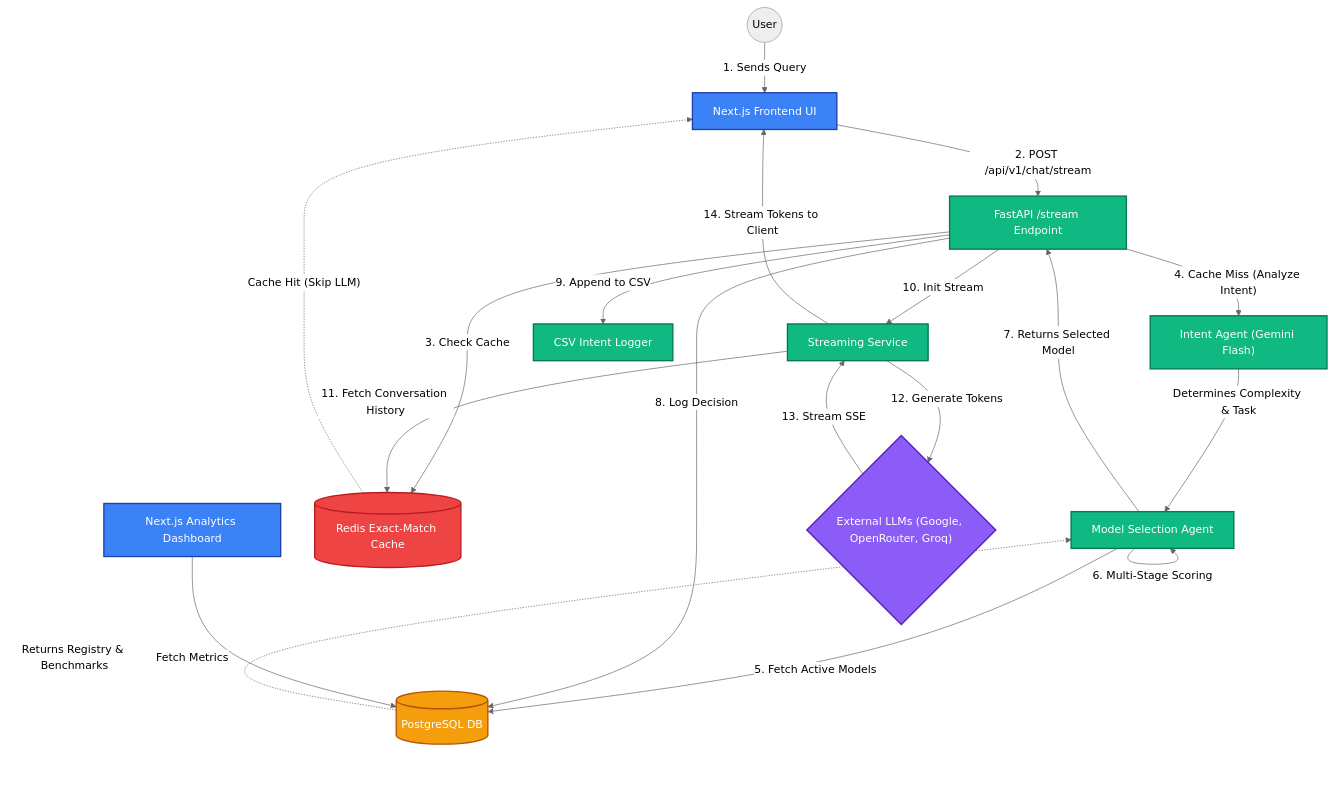
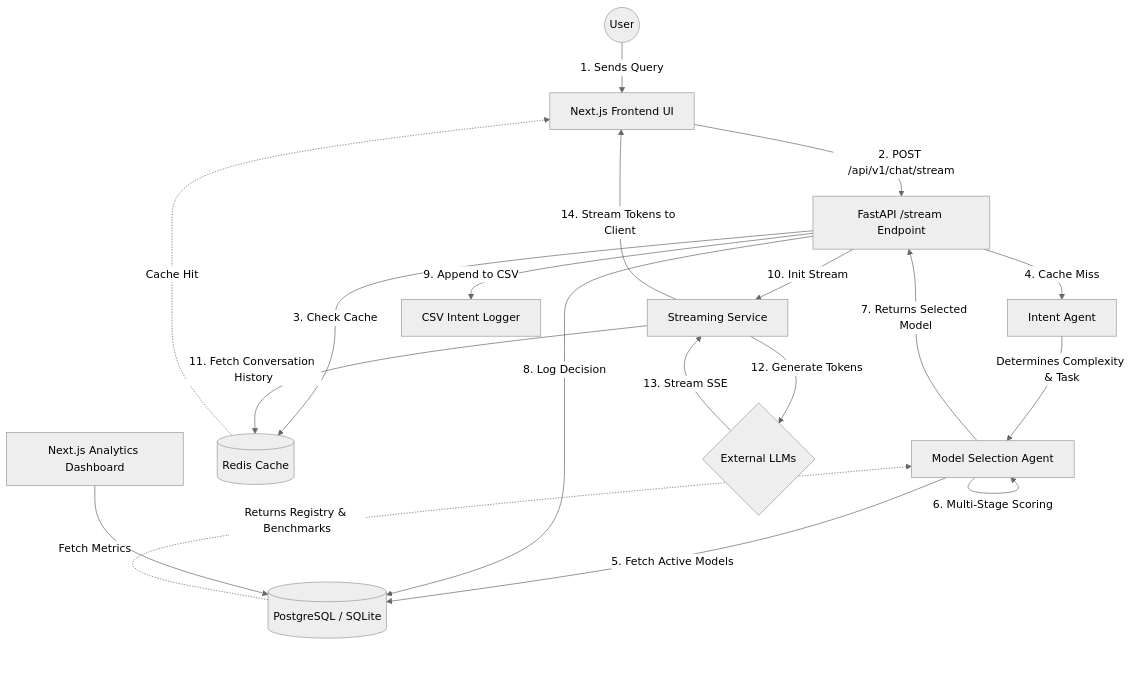
The diagram in README.md (shubh7705/Adaptive-AI-Assistant), drawn with Mermaid (neutral theme) before and after one commit. The commit also changed other lines of this file and 46 other files, not shown here.

````diff
--- a/README.md
+++ b/README.md
@@ -36,53 +35,46 @@
 ```mermaid
 graph TD
-    %% Styling
-    classDef frontend fill:#3b82f6,stroke:#1e40af,stroke-width:2px,color:#fff
-    classDef backend fill:#10b981,stroke:#047857,stroke-width:2px,color:#fff
-    classDef database fill:#f59e0b,stroke:#b45309,stroke-width:2px,color:#fff
-    classDef external fill:#8b5cf6,stroke:#5b21b6,stroke-width:2px,color:#fff
-    classDef cache fill:#ef4444,stroke:#b91c1c,stroke-width:2px,color:#fff
-
     %% Nodes
     User(("User"))
-    UI["Next.js Frontend UI"]:::frontend
-    Dashboard["Next.js Analytics Dashboard"]:::frontend
+    UI["Next.js Frontend UI"]
+    Dashboard["Next.js Analytics Dashboard"]
     
-    API["FastAPI /stream Endpoint"]:::backend
-    RedisCache[("Redis Exact-Match Cache")]:::cache
-    IntentAgent["Intent Agent (Gemini Flash)"]:::backend
-    ModelSelector["Model Selection Agent"]:::backend
-    StreamingService["Streaming Service"]:::backend
-    CSVLogger["CSV Intent Logger"]:::backend
+    API["FastAPI /stream Endpoint"]
+    RedisCache[("Redis Cache")]
+    IntentAgent["Intent Agent"]
+    ModelSelector["Model Selection Agent"]
+    StreamingService["Streaming Service"]
+    CSVLogger["CSV Intent Logger"]
     
-    PostgreSQL[("PostgreSQL DB")]:::database
+    PostgreSQL[("PostgreSQL / SQLite")]
     
-    Providers{"External LLMs (Google, OpenRouter, Groq)"}:::external
+    Providers{"External LLMs"}
 
     %% Edges
     User -- "1. Sends Query" --> UI
     UI -- "2. POST /api/v1/chat/stream" --> API
     
     API -- "3. Check Cache" --> RedisCache
-    RedisCache -. "Cache Hit (Skip LLM)" .-> UI
+    RedisCache -. "Cache Hit" .-> UI
     
-    API -- "4. Cache Miss (Analyze Intent)" --> IntentAgent
+    API -- "4. Cache Miss" --> IntentAgent
     IntentAgent -- "Determines Complexity & Task" --> ModelSelector
     
     ModelSelector -- "5. Fetch Active Models" --> PostgreSQL
     PostgreSQL -. "Returns Registry & Benchmarks" .-> ModelSelector
     ModelSelector -- "6. Multi-Stage Scoring" --> ModelSelector
     
     ModelSelector -- "7. Returns Selected Model" --> API
     
     API -- "8. Log Decision" --> PostgreSQL
     API -- "9. Append to CSV" --> CSVLogger
     
     API -- "10. Init Stream" --> StreamingService
     StreamingService -- "11. Fetch Conversation History" --> RedisCache
     StreamingService -- "12. Generate Tokens" --> Providers
     
     Providers -- "13. Stream SSE" --> StreamingService
     StreamingService -- "14. Stream Tokens to Client" --> UI
     
     Dashboard -- "Fetch Metrics" --> PostgreSQL
 ```
````
